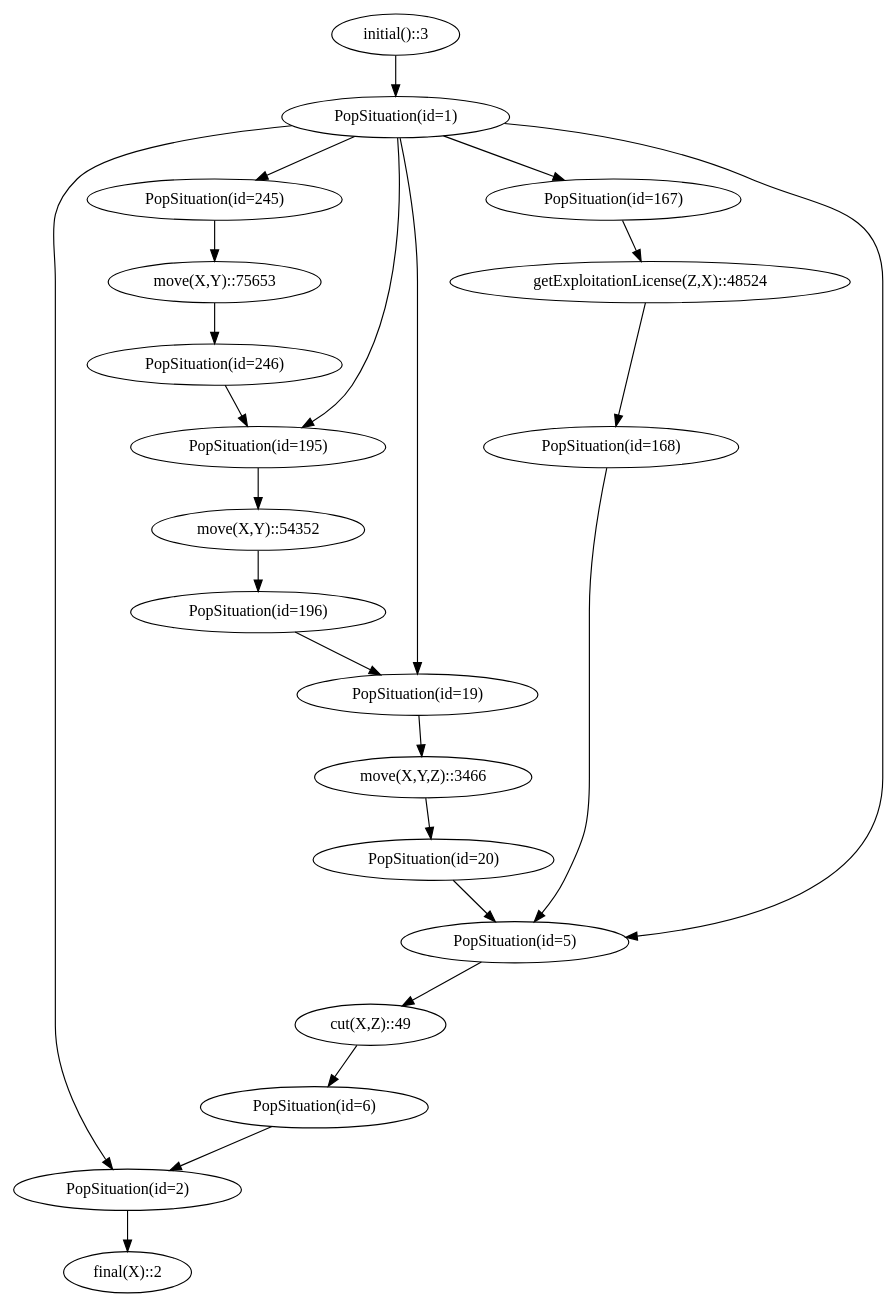
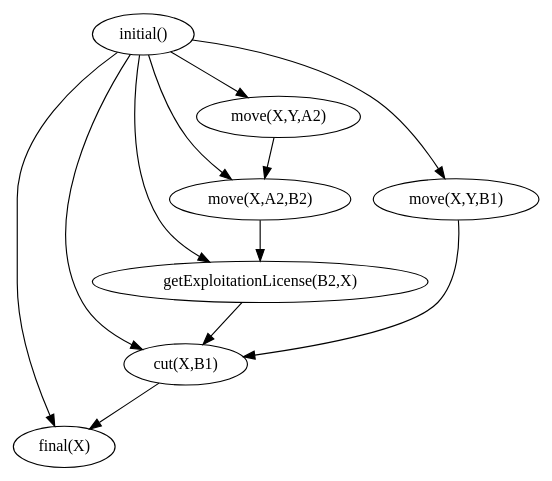
Before and after one commit to tokyramarozaka/mimosa-iriela-extension: the diagram in output/overview.png.dot, drawn with Graphviz. The commit also changed 18 other files, not shown here.

Commit message:
feat: situation-less graphs for the output folder

```diff
--- a/output/overview.png.dot
+++ b/output/overview.png.dot
@@ -1,25 +1,13 @@
-digraph G {
-  "initial()::3" -> "PopSituation(id=1)";
-  "PopSituation(id=1)" -> "PopSituation(id=2)";
-  "PopSituation(id=1)" -> "PopSituation(id=5)";
-  "PopSituation(id=1)" -> "PopSituation(id=19)";
-  "PopSituation(id=1)" -> "PopSituation(id=167)";
-  "PopSituation(id=1)" -> "PopSituation(id=195)";
-  "PopSituation(id=1)" -> "PopSituation(id=245)";
-  "PopSituation(id=2)" -> "final(X)::2";
-  "PopSituation(id=5)" -> "cut(X,Z)::49";
-  "cut(X,Z)::49" -> "PopSituation(id=6)";
-  "PopSituation(id=6)" -> "PopSituation(id=2)";
-  "PopSituation(id=19)" -> "move(X,Y,Z)::3466";
-  "move(X,Y,Z)::3466" -> "PopSituation(id=20)";
-  "PopSituation(id=20)" -> "PopSituation(id=5)";
-  "PopSituation(id=167)" -> "getExploitationLicense(Z,X)::48524";
-  "getExploitationLicense(Z,X)::48524" -> "PopSituation(id=168)";
-  "PopSituation(id=168)" -> "PopSituation(id=5)";
-  "PopSituation(id=195)" -> "move(X,Y)::54352";
-  "move(X,Y)::54352" -> "PopSituation(id=196)";
-  "PopSituation(id=196)" -> "PopSituation(id=19)";
-  "PopSituation(id=245)" -> "move(X,Y)::75653";
-  "move(X,Y)::75653" -> "PopSituation(id=246)";
-  "PopSituation(id=246)" -> "PopSituation(id=195)";
+digraph G { 
+  "initial()" -> "final(X)";
+  "initial()" -> "cut(X,B1)";
+  "initial()" -> "getExploitationLicense(B2,X)";
+  "initial()" -> "move(X,A2,B2)";
+  "initial()" -> "move(X,Y,B1)";
+  "initial()" -> "move(X,Y,A2)";
+  "cut(X,B1)" -> "final(X)";
+  "getExploitationLicense(B2,X)" -> "cut(X,B1)";
+  "move(X,A2,B2)" -> "getExploitationLicense(B2,X)";
+  "move(X,Y,B1)" -> "cut(X,B1)";
+  "move(X,Y,A2)" -> "move(X,A2,B2)";
 }
```
